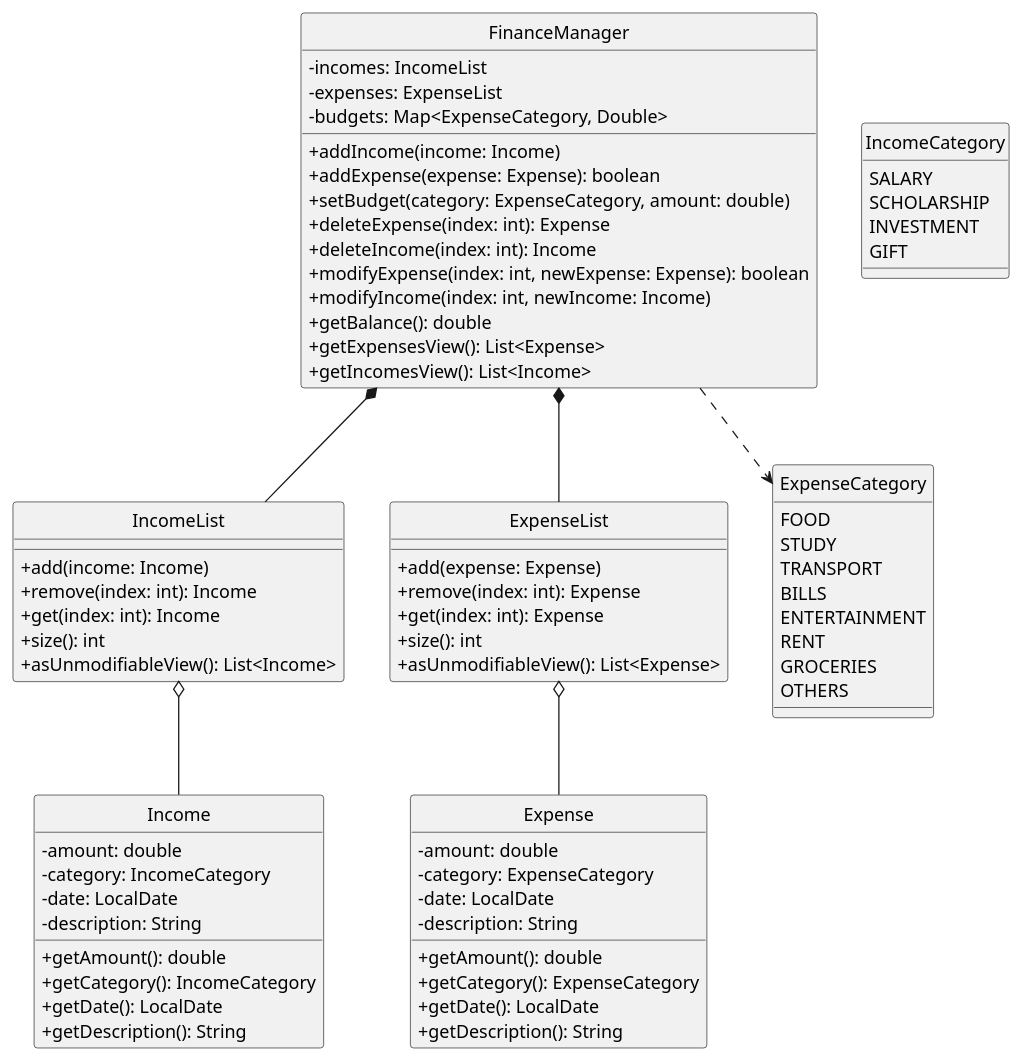
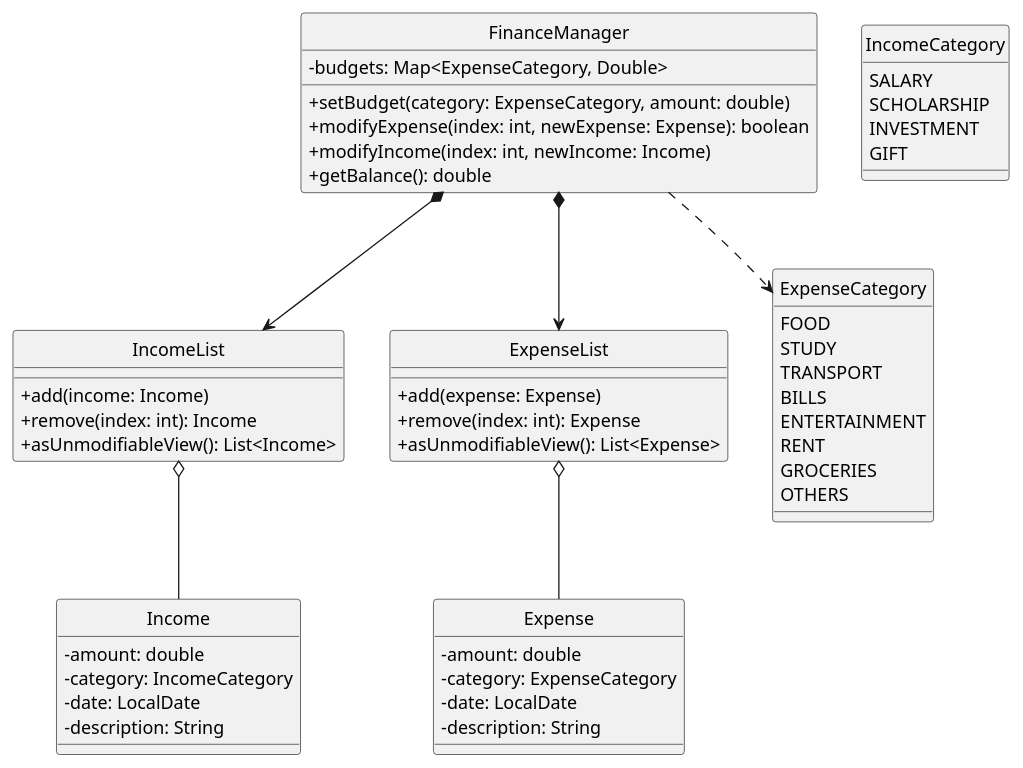
One commit to AY2526S1-CS2113-W12-4/tp changed the diagram in docs/diagrams/financemanager_class.puml. Above: the diagram before and after it, drawn with PlantUML. The commit also changed 2 other files, not shown here.

Commit message:
Simplify class diagram for FinanceManager

```diff
--- a/docs/diagrams/financemanager_class.puml
+++ b/docs/diagrams/financemanager_class.puml
@@ -1,83 +1,63 @@
 @startuml
 hide circle
 skinparam classAttributeIconSize 0
 
 class FinanceManager {
-    - incomes: IncomeList
-    - expenses: ExpenseList
     - budgets: Map<ExpenseCategory, Double>
-    + addIncome(income: Income)
-    + addExpense(expense: Expense): boolean
     + setBudget(category: ExpenseCategory, amount: double)
-    + deleteExpense(index: int): Expense
-    + deleteIncome(index: int): Income
     + modifyExpense(index: int, newExpense: Expense): boolean
     + modifyIncome(index: int, newIncome: Income)
     + getBalance(): double
-    + getExpensesView(): List<Expense>
-    + getIncomesView(): List<Income>
 }
 
 class Income {
     - amount: double
     - category: IncomeCategory
     - date: LocalDate
     - description: String
-    + getAmount(): double
-    + getCategory(): IncomeCategory
-    + getDate(): LocalDate
-    + getDescription(): String
 }
 
 class Expense {
     - amount: double
     - category: ExpenseCategory
     - date: LocalDate
     - description: String
-    + getAmount(): double
-    + getCategory(): ExpenseCategory
-    + getDate(): LocalDate
-    + getDescription(): String
 }
 
 class IncomeList {
     + add(income: Income)
     + remove(index: int): Income
-    + get(index: int): Income
-    + size(): int
     + asUnmodifiableView(): List<Income>
 }
 
 class ExpenseList {
     + add(expense: Expense)
     + remove(index: int): Expense
-    + get(index: int): Expense
-    + size(): int
     + asUnmodifiableView(): List<Expense>
 }
 
 enum ExpenseCategory {
     FOOD
     STUDY
     TRANSPORT
     BILLS
     ENTERTAINMENT
     RENT
     GROCERIES
     OTHERS
 }
 
 enum IncomeCategory {
     SALARY
     SCHOLARSHIP
     INVESTMENT
     GIFT
 }
 
-FinanceManager *-- IncomeList
-FinanceManager *-- ExpenseList
+FinanceManager *--> IncomeList
+FinanceManager *--> ExpenseList
 FinanceManager ..> ExpenseCategory
 IncomeList o-- Income
 ExpenseList o-- Expense
 
 @enduml
```
